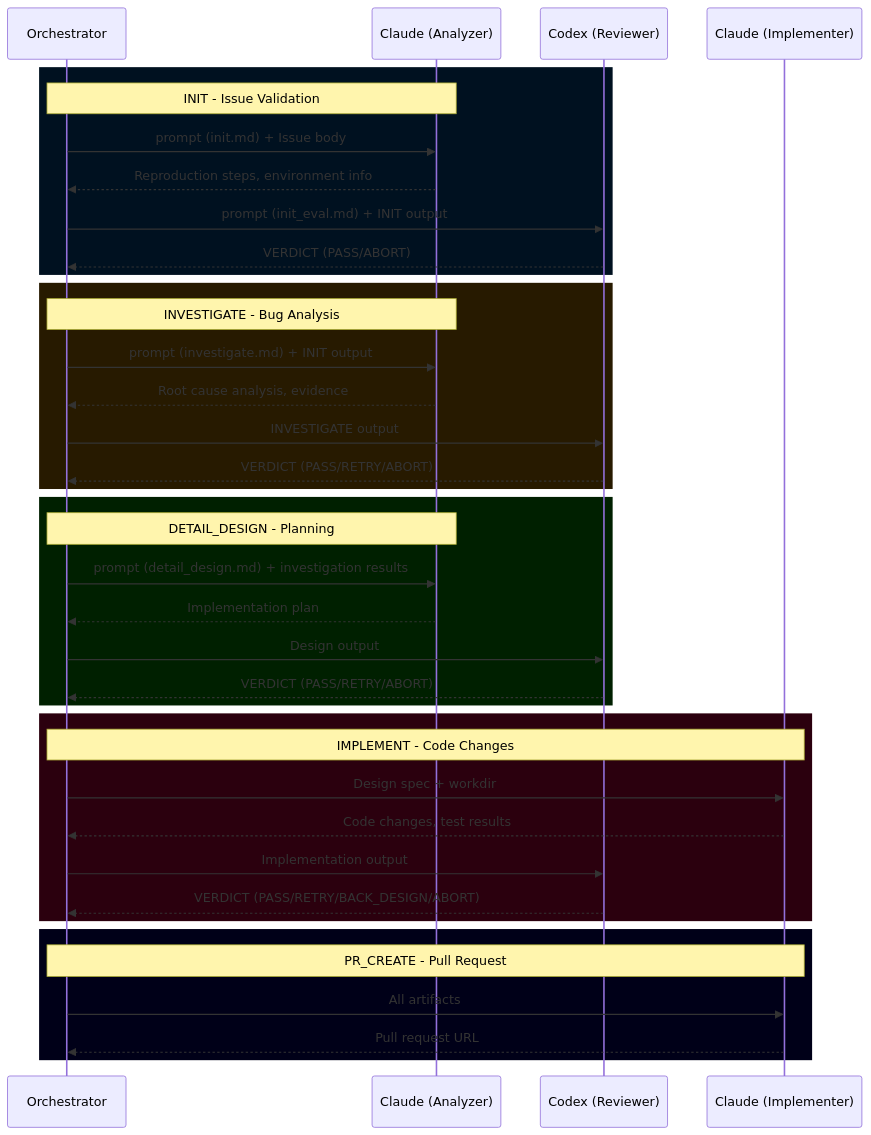
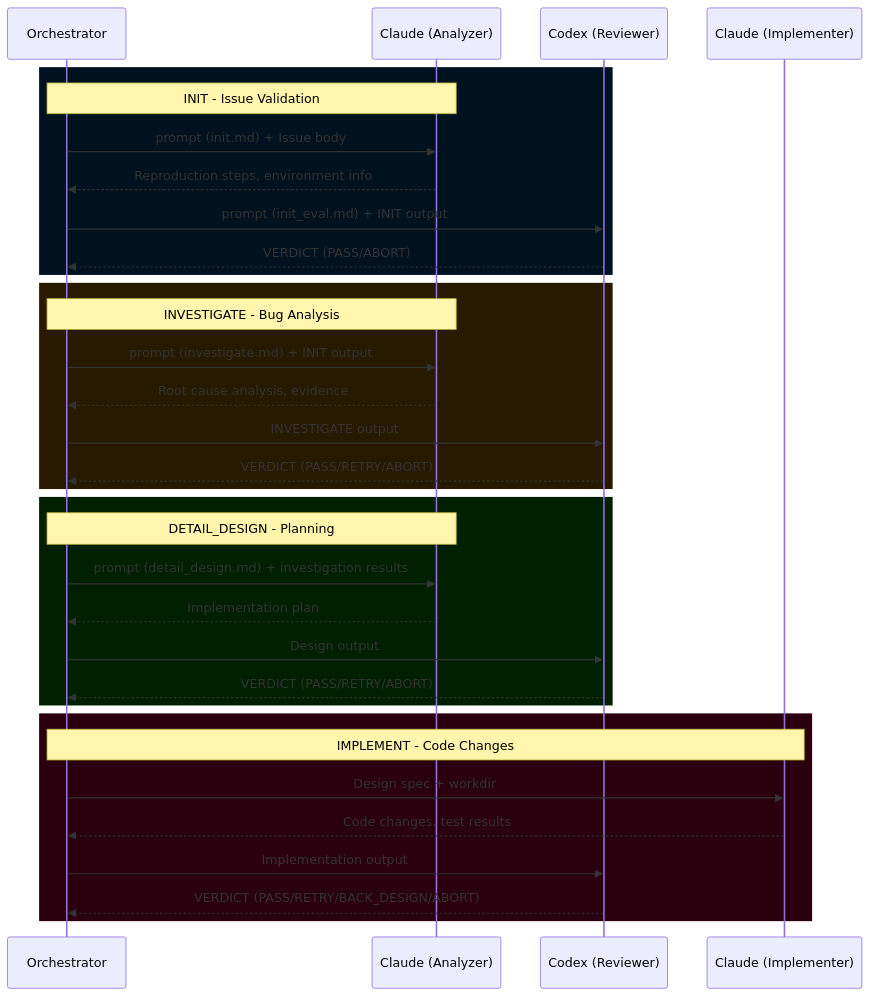
Before and after one commit to apokamo/kaji: the second of 5 diagrams in docs/ARCHITECTURE.md, drawn with Mermaid. The commit also changed other lines of this file and 21 other files, not shown here.

````diff
--- a/docs/ARCHITECTURE.md
+++ b/docs/ARCHITECTURE.md
@@ -729,45 +709,41 @@
 ```mermaid
 sequenceDiagram
     participant O as Orchestrator
     participant A as Claude (Analyzer)
     participant X as Codex (Reviewer)
     participant I as Claude (Implementer)
 
     rect rgba(0, 17, 32, 1)
         Note over O,A: INIT - Issue Validation
         O->>A: prompt (init.md) + Issue body
         A-->>O: Reproduction steps, environment info
         O->>X: prompt (init_eval.md) + INIT output
         X-->>O: VERDICT (PASS/ABORT)
     end
 
     rect rgba(39, 26, 0, 1)
         Note over O,A: INVESTIGATE - Bug Analysis
         O->>A: prompt (investigate.md) + INIT output
         A-->>O: Root cause analysis, evidence
         O->>X: INVESTIGATE output
         X-->>O: VERDICT (PASS/RETRY/ABORT)
     end
 
     rect rgba(0, 32, 0, 1)
         Note over O,A: DETAIL_DESIGN - Planning
         O->>A: prompt (detail_design.md) + investigation results
         A-->>O: Implementation plan
         O->>X: Design output
         X-->>O: VERDICT (PASS/RETRY/ABORT)
     end
 
     rect rgba(43, 0, 14, 1)
         Note over O,I: IMPLEMENT - Code Changes
         O->>I: Design spec + workdir
         I-->>O: Code changes, test results
         O->>X: Implementation output
         X-->>O: VERDICT (PASS/RETRY/BACK_DESIGN/ABORT)
     end
 
-    rect rgba(0, 0, 24, 1)
-        Note over O,I: PR_CREATE - Pull Request
-        O->>I: All artifacts
-        I-->>O: Pull request URL
-    end
+    
 ```
````
